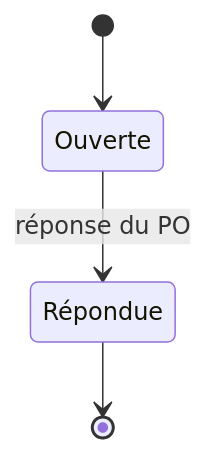
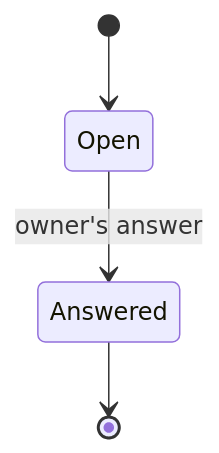
One commit to ng-galien/spec-loop changed the second of 2 diagrams in docs/preview-probe.md. Above: the diagram before and after it, drawn with Mermaid. The commit also changed other lines of this file and 54 other files, not shown here.

First line of the commit message:
Everything in English: templates, labels, file names, schema, method, FEAT-001

````diff
--- a/docs/preview-probe.md
+++ b/docs/preview-probe.md
@@ -90,6 +90,6 @@
 ```mermaid
 stateDiagram-v2
-  [*] --> Ouverte
-  Ouverte --> Répondue : réponse du PO
-  Répondue --> [*]
+  [*] --> Open
+  Open --> Answered : owner's answer
+  Answered --> [*]
 ```
````
